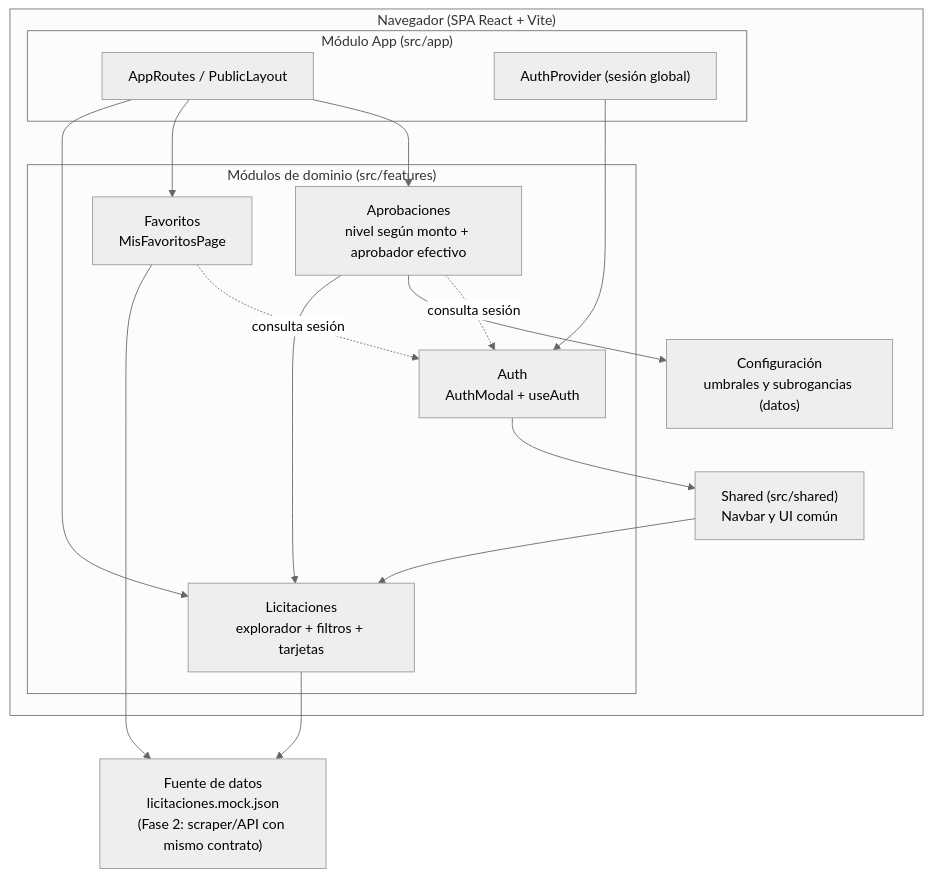
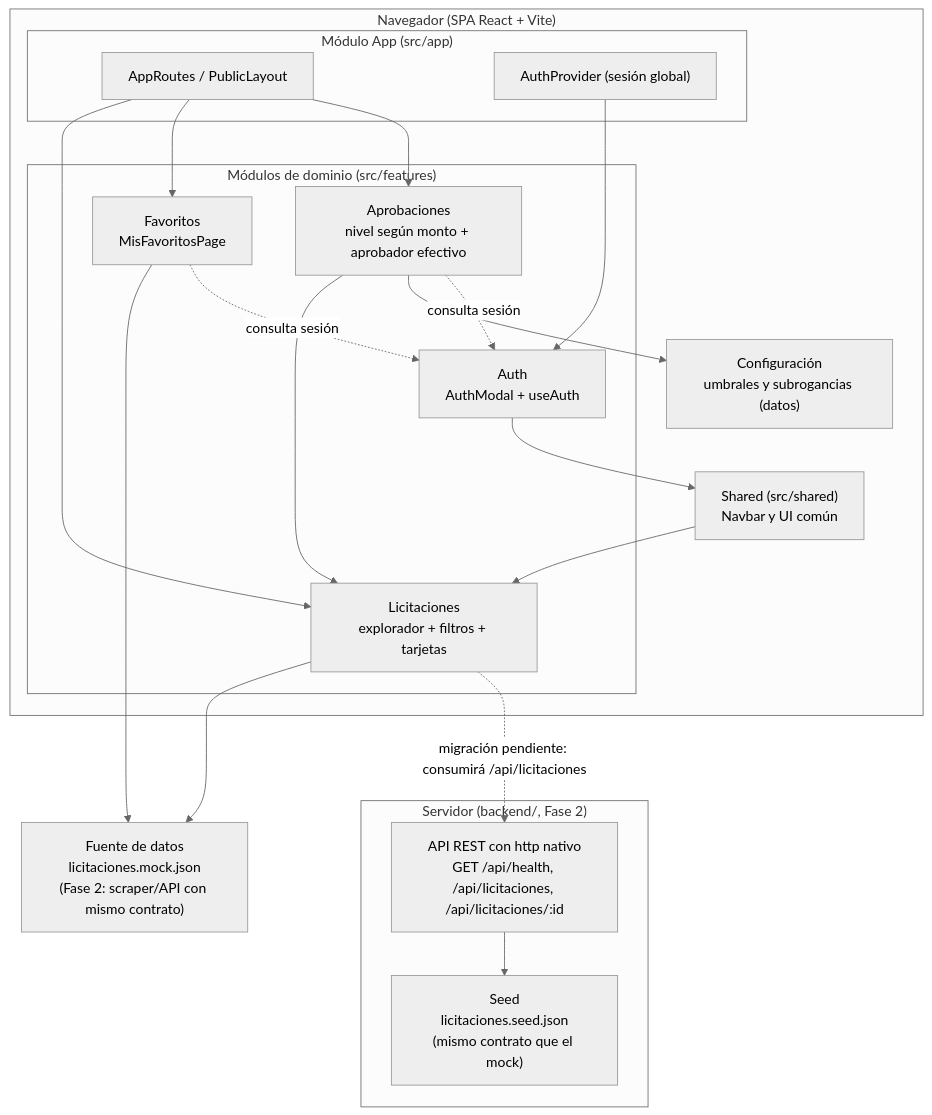
The diagram in docs/Arquitectura.md (Wilson-Jara/LicitacionesUV), drawn with Mermaid (neutral theme) before and after one commit. The commit also changed other lines of this file and 15 other files, not shown here.

Commit message:
Agrega la base del backend: API REST con http nativo, endpoints de salud y licitaciones, configuracion por entorno y pruebas

````diff
--- a/docs/Arquitectura.md
+++ b/docs/Arquitectura.md
@@ -24,31 +24,38 @@
 ```mermaid
 flowchart TB
     subgraph Cliente["Navegador (SPA React + Vite)"]
         subgraph App["Módulo App (src/app)"]
             Rutas["AppRoutes / PublicLayout"]
             Providers["AuthProvider (sesión global)"]
         end
         subgraph Feats["Módulos de dominio (src/features)"]
             L["Licitaciones<br/>explorador + filtros + tarjetas"]
             A["Auth<br/>AuthModal + useAuth"]
             F["Favoritos<br/>MisFavoritosPage"]
             AP["Aprobaciones<br/>nivel según monto + aprobador efectivo"]
         end
         Shared["Shared (src/shared)<br/>Navbar y UI común"]
         Conf["Configuración<br/>umbrales y subrogancias (datos)"]
     end
     Datos["Fuente de datos<br/>licitaciones.mock.json<br/>(Fase 2: scraper/API con mismo contrato)"]
 
+    subgraph Backend["Servidor (backend/, Fase 2)"]
+        API["API REST con http nativo<br/>GET /api/health, /api/licitaciones, /api/licitaciones/:id"]
+        Seed["Seed<br/>licitaciones.seed.json<br/>(mismo contrato que el mock)"]
+    end
+    API --> Seed
+
     Rutas --> L
     Rutas --> F
     Rutas --> AP
     Providers --> A
     A --> Shared
     Shared --> L
     L --> Datos
     F --> Datos
     AP --> L
     AP --> Conf
     AP -.consulta sesión.-> A
     F -.consulta sesión.-> A
+    L -.migración pendiente: consumirá /api/licitaciones.-> API
 ```
````
